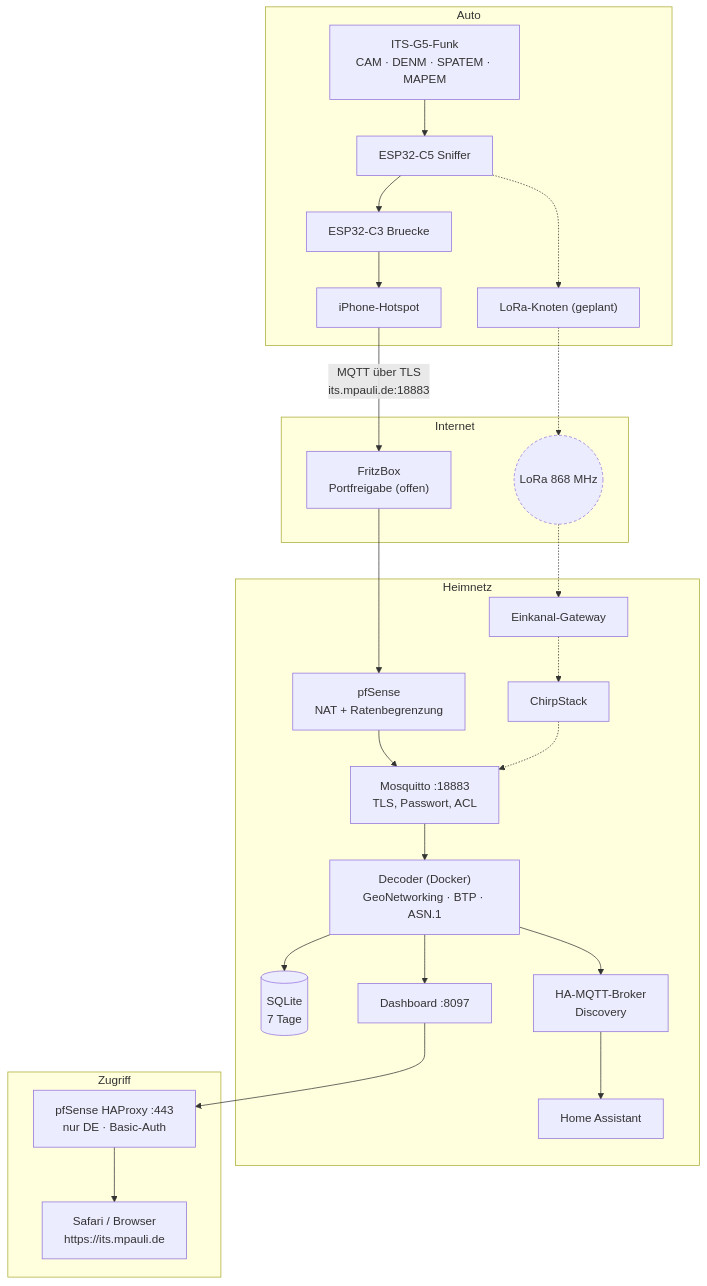
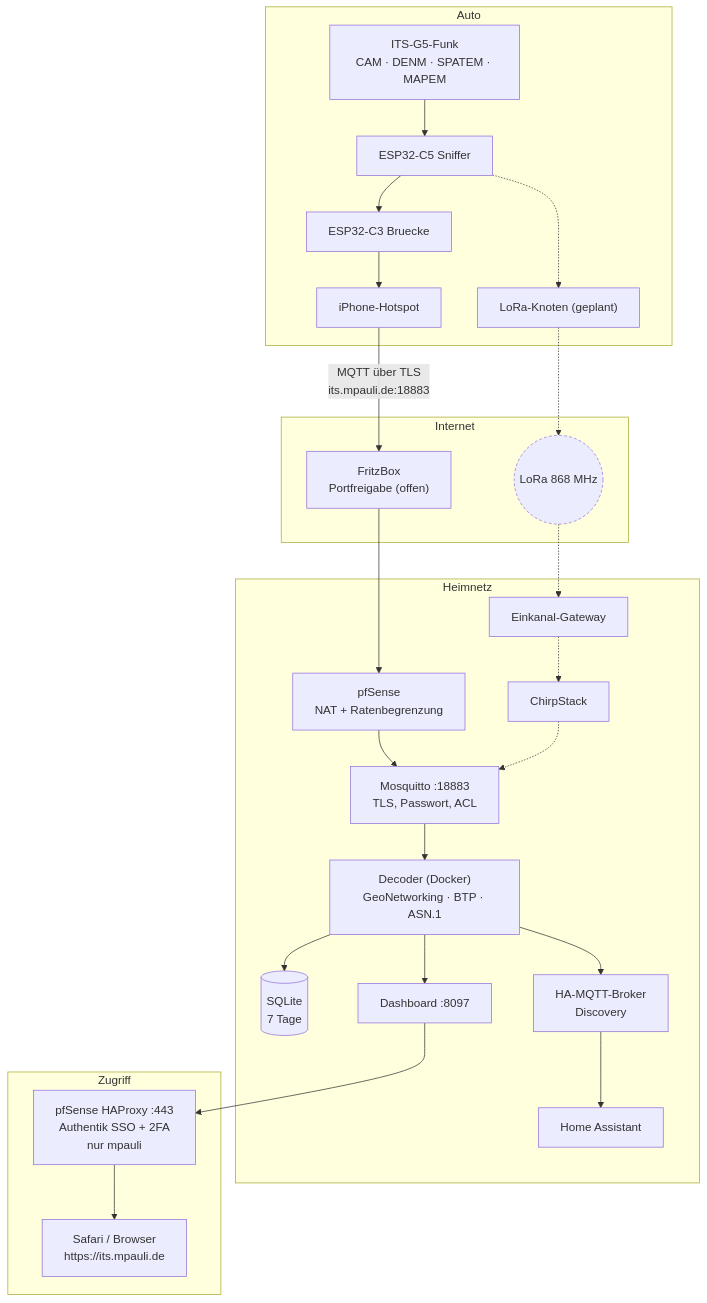
The diagram in docs/diagrams/00-architektur-1.mmd (icepaule/Ice-Traffic-Data), drawn with Mermaid before and after one commit. The commit also changed 9 other files, not shown here.

Commit message:
Dashboard hinter Authentik SSO+2FA (nur mpauli); MQTT-TLS bleibt direkt

```diff
--- a/docs/diagrams/00-architektur-1.mmd
+++ b/docs/diagrams/00-architektur-1.mmd
@@ -1,25 +1,25 @@
 flowchart TB
     subgraph Auto
       RF["ITS-G5-Funk<br/>CAM · DENM · SPATEM · MAPEM"] --> C5["ESP32-C5 Sniffer"]
       C5 --> C3["ESP32-C3 Bruecke"]
       C5 -.-> S3["LoRa-Knoten (geplant)"]
       C3 --> HS["iPhone-Hotspot"]
     end
     subgraph Internet
       HS -- "MQTT über TLS<br/>its.mpauli.de:18883" --> FB["FritzBox<br/>Portfreigabe (offen)"]
       LORA(("LoRa 868 MHz")):::dash
     end
     S3 -.-> LORA
     subgraph Heimnetz
       FB --> PF["pfSense<br/>NAT + Ratenbegrenzung"]
       PF --> MQ["Mosquitto :18883<br/>TLS, Passwort, ACL"]
       LORA -.-> GW["Einkanal-Gateway"] -.-> CS["ChirpStack"] -.-> MQ
       MQ --> DEC["Decoder (Docker)<br/>GeoNetworking · BTP · ASN.1"]
       DEC --> DB[("SQLite<br/>7 Tage")]
       DEC --> DASH["Dashboard :8097"]
       DEC --> HAMQ["HA-MQTT-Broker<br/>Discovery"] --> HA["Home Assistant"]
     end
     subgraph Zugriff
-      DASH --> HP["pfSense HAProxy :443<br/>nur DE · Basic-Auth"] --> SAF["Safari / Browser<br/>https://its.mpauli.de"]
+      DASH --> HP["pfSense HAProxy :443<br/>Authentik SSO + 2FA<br/>nur mpauli"] --> SAF["Safari / Browser<br/>https://its.mpauli.de"]
     end
     classDef dash stroke-dasharray: 4 3;
```
